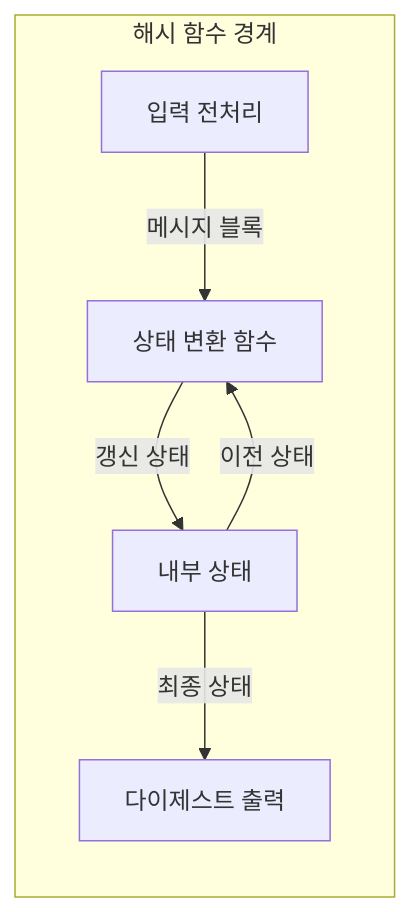
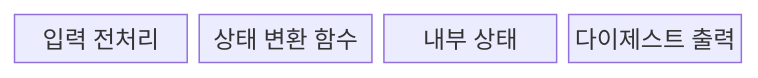
Before and after one commit to agnusdei1207/knowledge-base: the first of 2 diagrams in src/content/docs/notes/05-security/004_hash_algorithm.md, drawn with Mermaid. The commit also changed other lines of this file and 22 other files, not shown here.

````diff
--- a/src/content/docs/notes/05-security/004_hash_algorithm.md
+++ b/src/content/docs/notes/05-security/004_hash_algorithm.md
@@ -61,13 +63,8 @@
 ```mermaid
-flowchart LR
-    subgraph H["해시 함수 경계"]
-        P["입력 전처리"]
-        T["상태 변환 함수"]
-        S["내부 상태"]
-        O["다이제스트 출력"]
-        P -->|"메시지 블록"| T
-        S -->|"이전 상태"| T
-        T -->|"갱신 상태"| S
-        S -->|"최종 상태"| O
-    end
+block-beta
+    columns 4
+    A["입력 전처리"]
+    B["상태 변환 함수"]
+    C["내부 상태"]
+    D["다이제스트 출력"]
 ```
````
